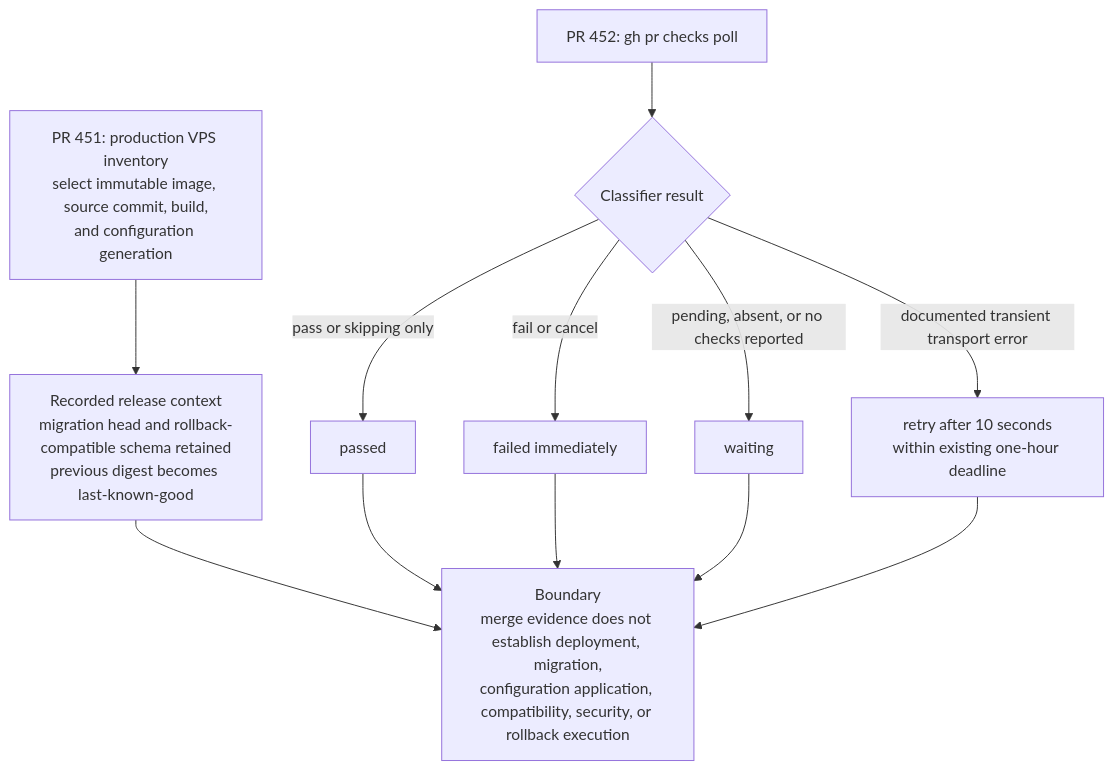
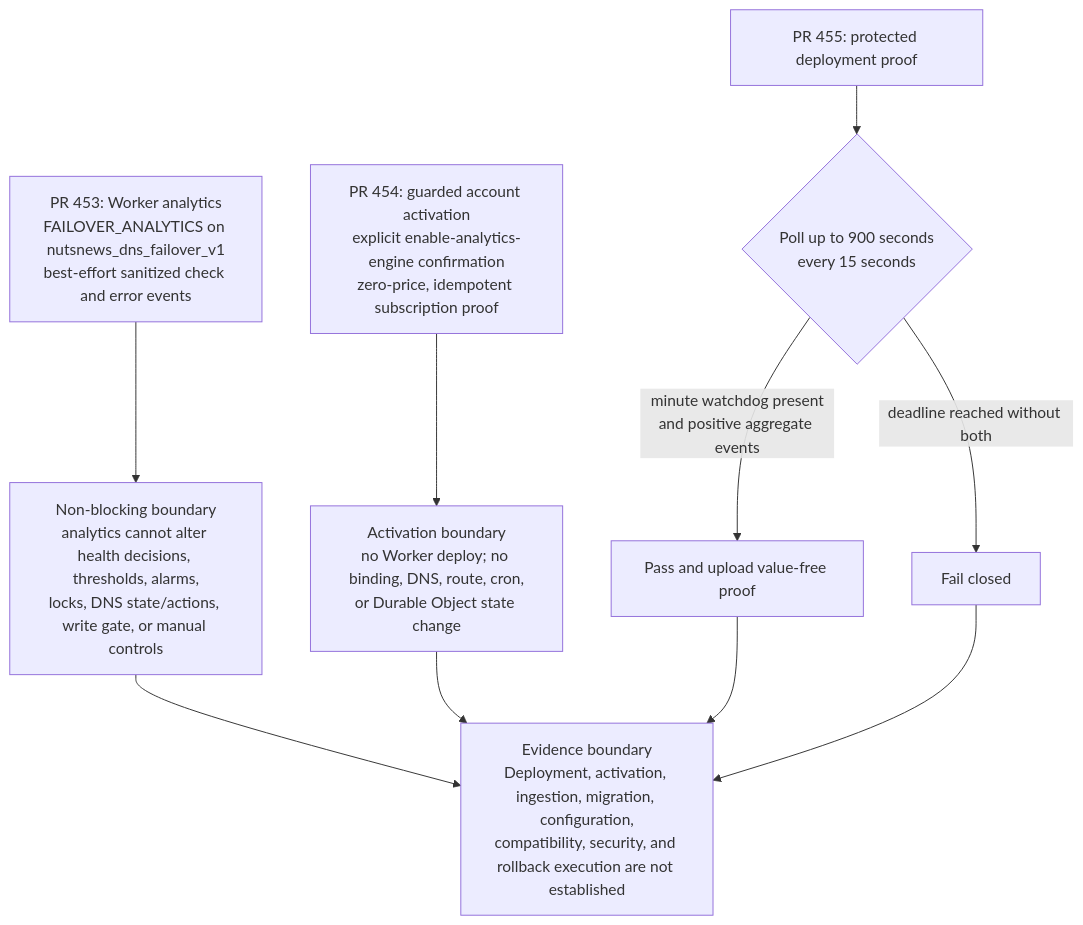
One commit to ramideltoro/nutsnews-docs changed the diagram in diagrams/updates/AUTOMATED_NUTSNEWS_INFRA_MERGE_LOG.mmd. Above: the diagram before and after it, drawn with Mermaid. The commit also changed 5 other files, not shown here.

```diff
--- a/diagrams/updates/AUTOMATED_NUTSNEWS_INFRA_MERGE_LOG.mmd
+++ b/diagrams/updates/AUTOMATED_NUTSNEWS_INFRA_MERGE_LOG.mmd
@@ -1,14 +1,12 @@
 flowchart TD
-  accTitle: NutsNews infrastructure merge updates
-  accDescr: Two July 30 merges select a qualified production VPS image and make promotion-check polling retry documented transient GitHub failures. Operational outcomes are not established by the merges.
-  A["PR 451: production VPS inventory\nselect immutable image, source commit, build,\nand configuration generation"] --> B["Recorded release context\nmigration head and rollback-compatible schema retained\nprevious digest becomes last-known-good"]
-  C["PR 452: gh pr checks poll"] --> D{"Classifier result"}
-  D -->|pass or skipping only| E["passed"]
-  D -->|fail or cancel| F["failed immediately"]
-  D -->|pending, absent, or no checks reported| G["waiting"]
-  D -->|documented transient transport error| H["retry after 10 seconds\nwithin existing one-hour deadline"]
-  B --> I["Boundary\nmerge evidence does not establish deployment, migration,\nconfiguration application, compatibility, security, or rollback execution"]
-  E --> I
-  F --> I
+  accTitle: Cloudflare DNS failover analytics merge updates
+  accDescr: Three July 30 merges add best-effort Analytics Engine telemetry, guarded zero-price account activation, and a bounded deployment proof that requires both the minute watchdog and positive aggregate events. Operational outcomes are not established by the merges.
+  A["PR 453: Worker analytics\nFAILOVER_ANALYTICS on nutsnews_dns_failover_v1\nbest-effort sanitized check and error events"] --> B["Non-blocking boundary\nanalytics cannot alter health decisions, thresholds, alarms,\nlocks, DNS state/actions, write gate, or manual controls"]
+  C["PR 454: guarded account activation\nexplicit enable-analytics-engine confirmation\nzero-price, idempotent subscription proof"] --> D["Activation boundary\nno Worker deploy; no binding, DNS, route, cron,\nor Durable Object state change"]
+  E["PR 455: protected deployment proof"] --> F{"Poll up to 900 seconds\nevery 15 seconds"}
+  F -->|minute watchdog present\nand positive aggregate events| G["Pass and upload value-free proof"]
+  F -->|deadline reached without both| H["Fail closed"]
+  B --> I["Evidence boundary\nDeployment, activation, ingestion, migration, configuration,\ncompatibility, security, and rollback execution are not established"]
+  D --> I
   G --> I
   H --> I
```
